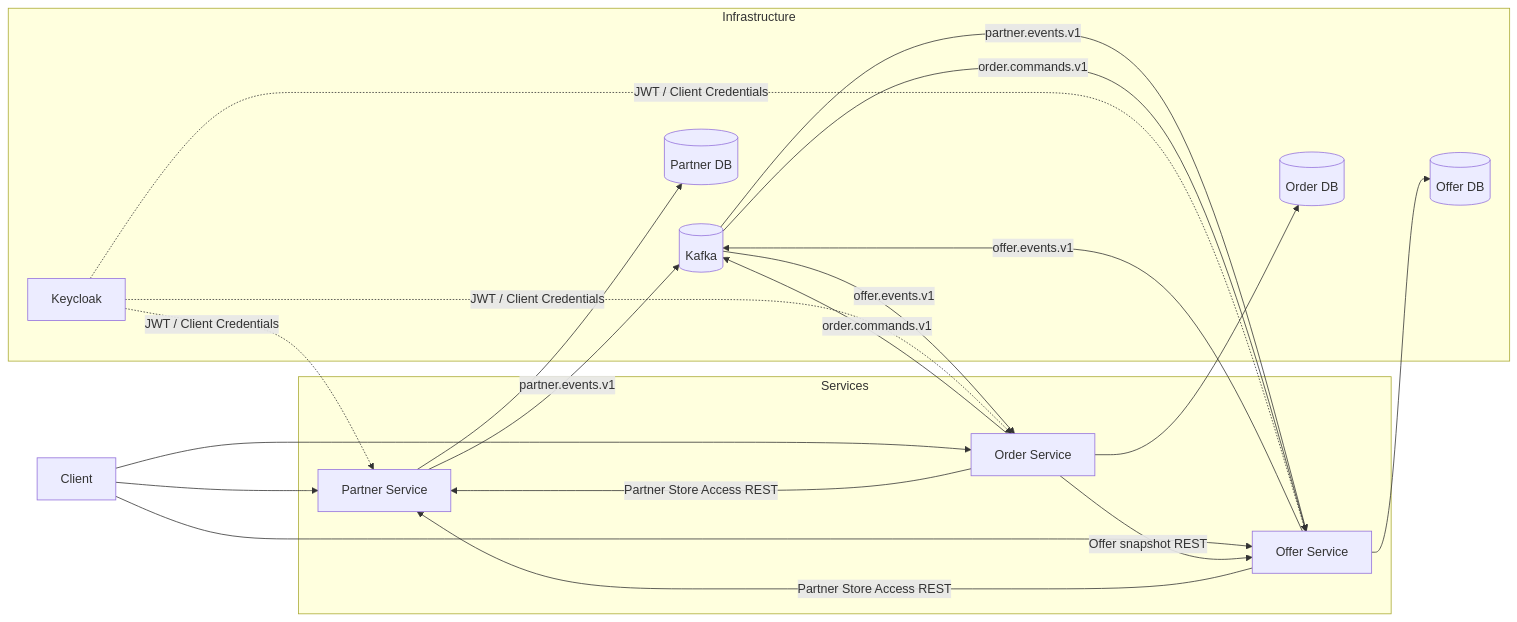
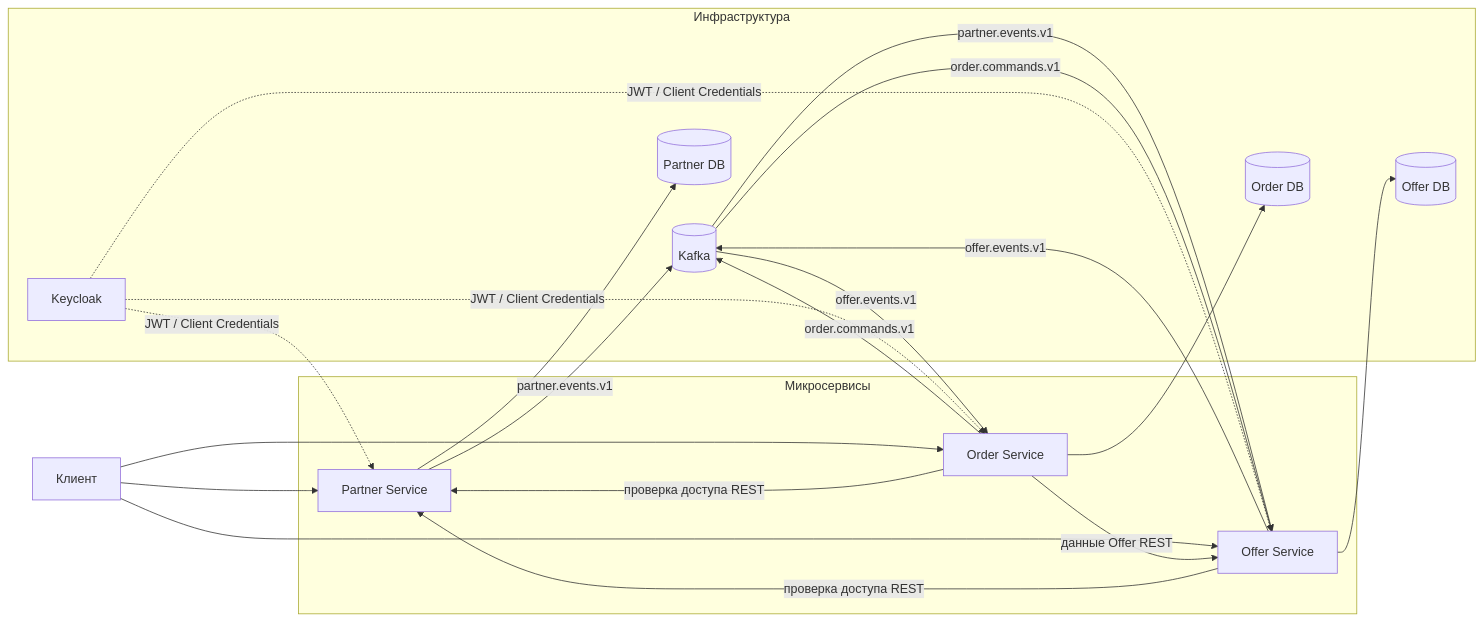
The diagram in README.md (aitessie/foodrescue), drawn with Mermaid before and after one commit. The commit also changed other lines of this file and 3 other files, not shown here.

Commit message:
project readme refactor || order-service & offer-service & partner-service

````diff
--- a/README.md
+++ b/README.md
@@ -41,42 +45,42 @@
 ```mermaid
 flowchart LR
-    Client[Client]
+    Client[Клиент]
 
-    subgraph Services
+    subgraph Services[Микросервисы]
         Partner[Partner Service]
         Offer[Offer Service]
         Order[Order Service]
     end
 
-    subgraph Infrastructure
+    subgraph Infrastructure[Инфраструктура]
         Kafka[(Kafka)]
         Keycloak[Keycloak]
         PartnerDB[(Partner DB)]
         OfferDB[(Offer DB)]
         OrderDB[(Order DB)]
     end
 
     Client --> Partner
     Client --> Offer
     Client --> Order
 
-    Offer -- Partner Store Access REST --> Partner
-    Order -- Partner Store Access REST --> Partner
-    Order -- Offer snapshot REST --> Offer
+    Offer -- проверка доступа REST --> Partner
+    Order -- проверка доступа REST --> Partner
+    Order -- данные Offer REST --> Offer
 
     Partner -- partner.events.v1 --> Kafka
     Kafka -- partner.events.v1 --> Offer
 
     Order -- order.commands.v1 --> Kafka
     Kafka -- order.commands.v1 --> Offer
     Offer -- offer.events.v1 --> Kafka
     Kafka -- offer.events.v1 --> Order
 
     Keycloak -. JWT / Client Credentials .-> Partner
     Keycloak -. JWT / Client Credentials .-> Offer
     Keycloak -. JWT / Client Credentials .-> Order
 
     Partner --> PartnerDB
     Offer --> OfferDB
     Order --> OrderDB
 ```
````
